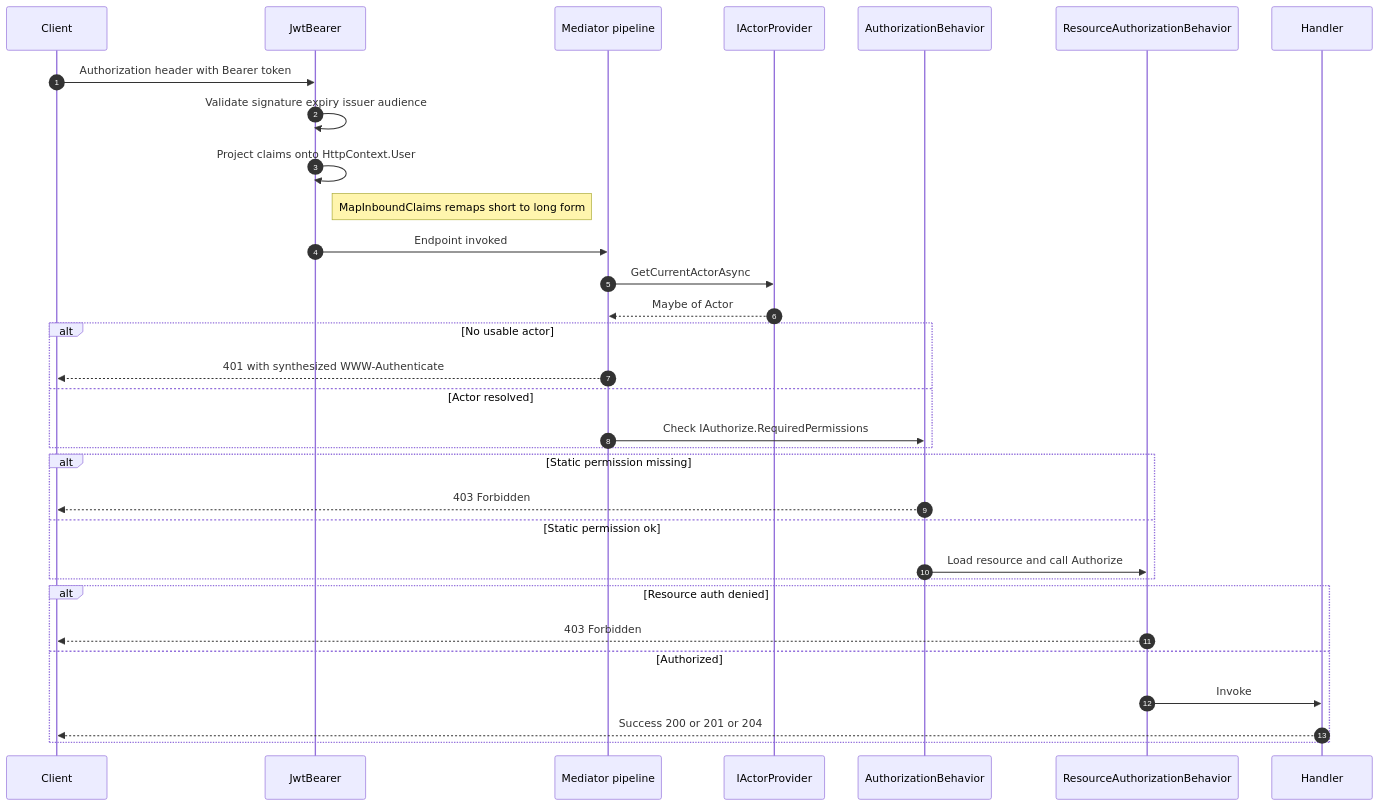
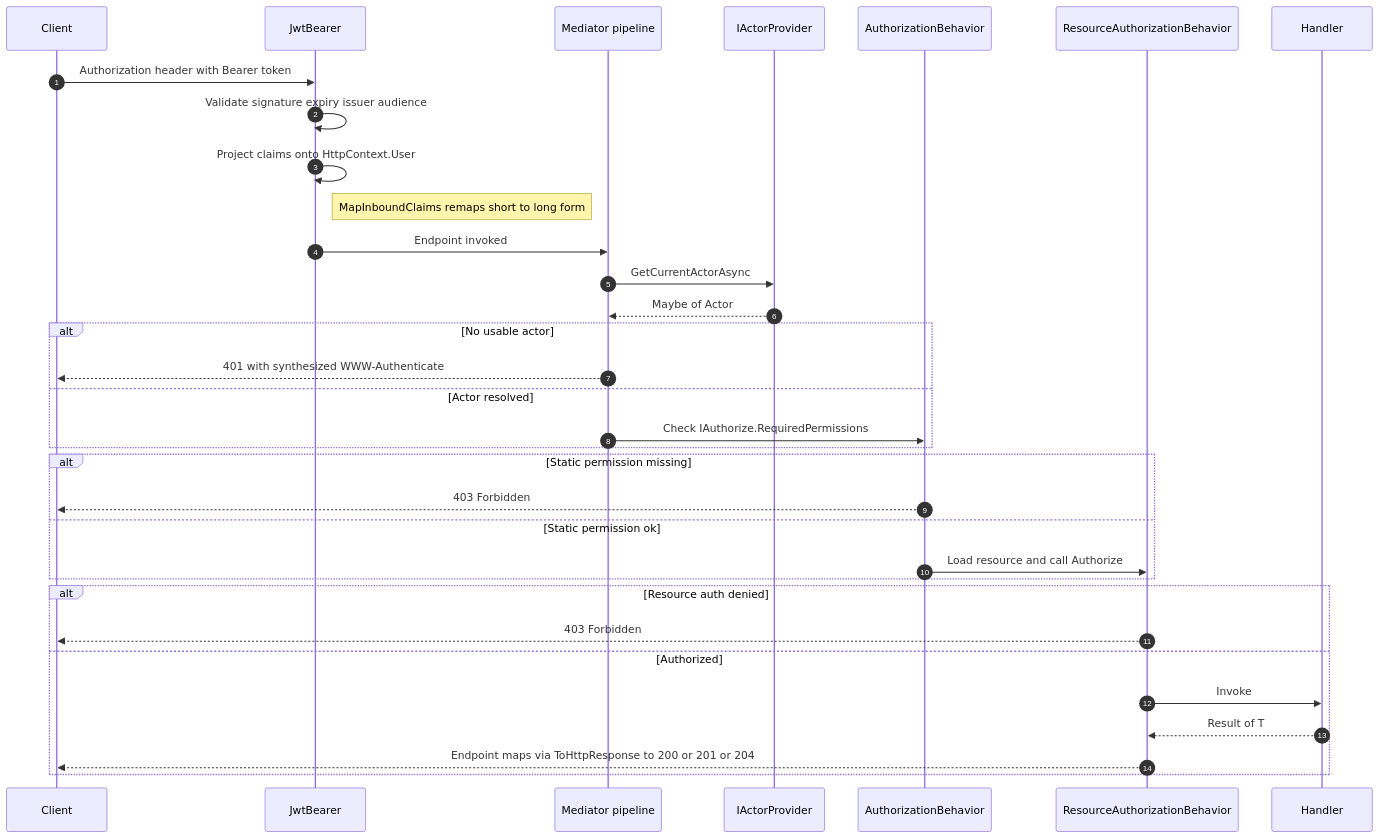
Before and after one commit to xavierjohn/FunctionalDDD: the first of 7 diagrams in docs/docfx_project/articles/integration-asp-authorization.md, drawn with Mermaid. The commit also changed other lines of this file, not shown here.

Commit message:
Round 8: end-to-end diagram + Composition escape-hatch framing
End-to-end sequence diagram still showed Handler-emitting-HTTP directly to Client (200/201/204), contradicting Layer 6's round-7 prose fix that separated handler Result return from endpoint ToHttpResponse mapping. Updated the diagram tail to show Handler returning Result, then endpoint mapping via ToHttpResponse to the client status code.

Composition section: the handler-side Result.Ensure example used actor.IsOwner(doc.OwnerId) OR actor.HasPermission(...) which is literally the same logic as the IAuthorizeResource<Document> sample. The escape-hatch framing said 'use only when guard cannot be expressed by any mediator shape' but the example WAS expressible. Reframed the prose to name three real triggers for handler-side guards (handler-local state, multi-aggregate spans the mediator never loads together, service-layer helpers called outside the mediator) and kept the existing example without claiming it can't be expressed via the mediator (it can; this is just one way the same rule looks).

````diff
--- a/docs/docfx_project/articles/integration-asp-authorization.md
+++ b/docs/docfx_project/articles/integration-asp-authorization.md
@@ -19,38 +19,39 @@
 ```mermaid
 sequenceDiagram
     autonumber
     participant Client
     participant JwtBearer
     participant Pipeline as Mediator pipeline
     participant Provider as IActorProvider
     participant Auth as AuthorizationBehavior
     participant ResAuth as ResourceAuthorizationBehavior
     participant Handler
 
     Client->>JwtBearer: Authorization header with Bearer token
     JwtBearer->>JwtBearer: Validate signature expiry issuer audience
     JwtBearer->>JwtBearer: Project claims onto HttpContext.User
     Note right of JwtBearer: MapInboundClaims remaps short to long form
     JwtBearer->>Pipeline: Endpoint invoked
     Pipeline->>Provider: GetCurrentActorAsync
     Provider-->>Pipeline: Maybe of Actor
 
     alt No usable actor
         Pipeline-->>Client: 401 with synthesized WWW-Authenticate
     else Actor resolved
         Pipeline->>Auth: Check IAuthorize.RequiredPermissions
     end
 
     alt Static permission missing
         Auth-->>Client: 403 Forbidden
     else Static permission ok
         Auth->>ResAuth: Load resource and call Authorize
     end
 
     alt Resource auth denied
         ResAuth-->>Client: 403 Forbidden
     else Authorized
         ResAuth->>Handler: Invoke
-        Handler-->>Client: Success 200 or 201 or 204
+        Handler-->>ResAuth: Result of T
+        ResAuth-->>Client: Endpoint maps via ToHttpResponse to 200 or 201 or 204
     end
 ```
````
